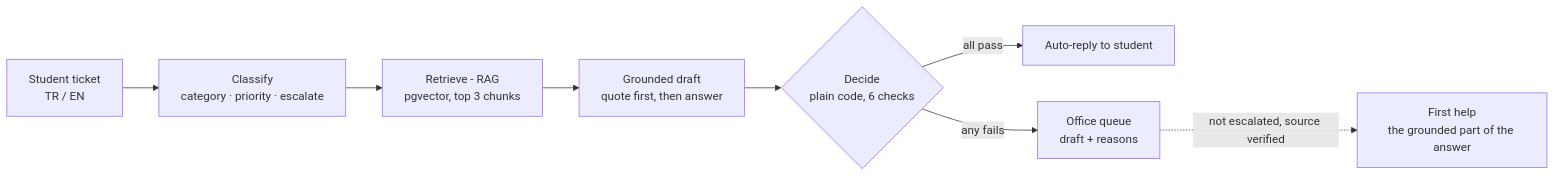
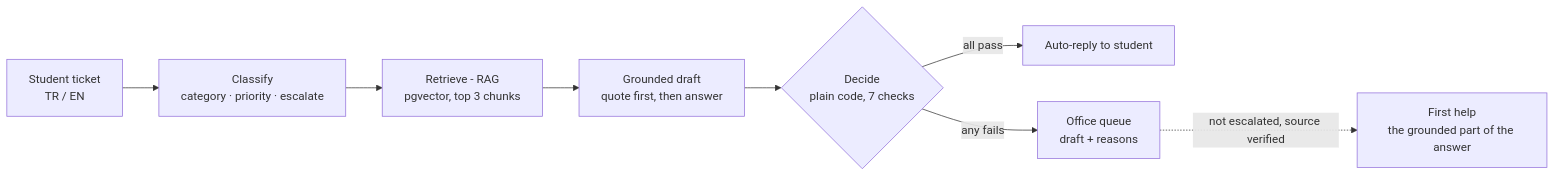
The diagram in README.md (AhmedElghazzawy/ai-ticket-assistant), drawn with Mermaid before and after one commit. The commit also changed other lines of this file and 6 other files, not shown here.

First line of the commit message:
Rewrite the architecture docs and add a docs index and release changelog

````diff
--- a/README.md
+++ b/README.md
@@ -43,10 +45,10 @@
 ```mermaid
 flowchart LR
     T[Student ticket<br/>TR / EN] --> C[Classify<br/>category · priority · escalate]
     C --> R[Retrieve - RAG<br/>pgvector, top 3 chunks]
     R --> A[Grounded draft<br/>quote first, then answer]
-    A --> D{Decide<br/>plain code, 6 checks}
+    A --> D{Decide<br/>plain code, 7 checks}
     D -->|all pass| S[Auto-reply to student]
     D -->|any fails| H[Office queue<br/>draft + reasons]
     H -.->|not escalated, source verified| F[First help<br/>the grounded part of the answer]
 ```
````
